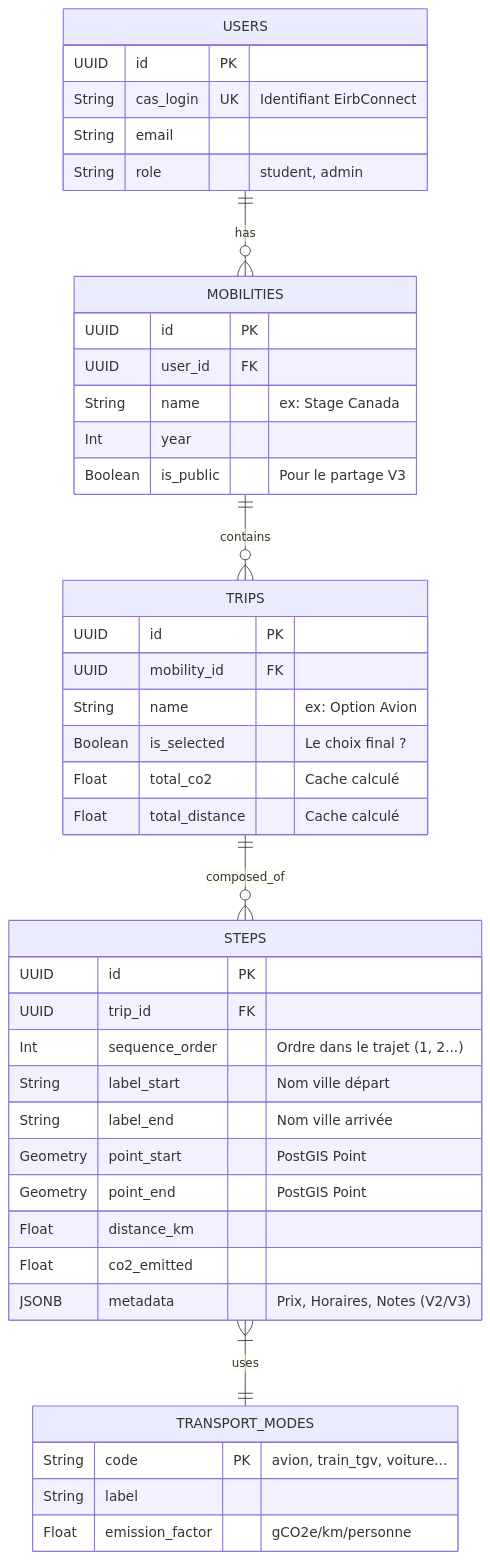
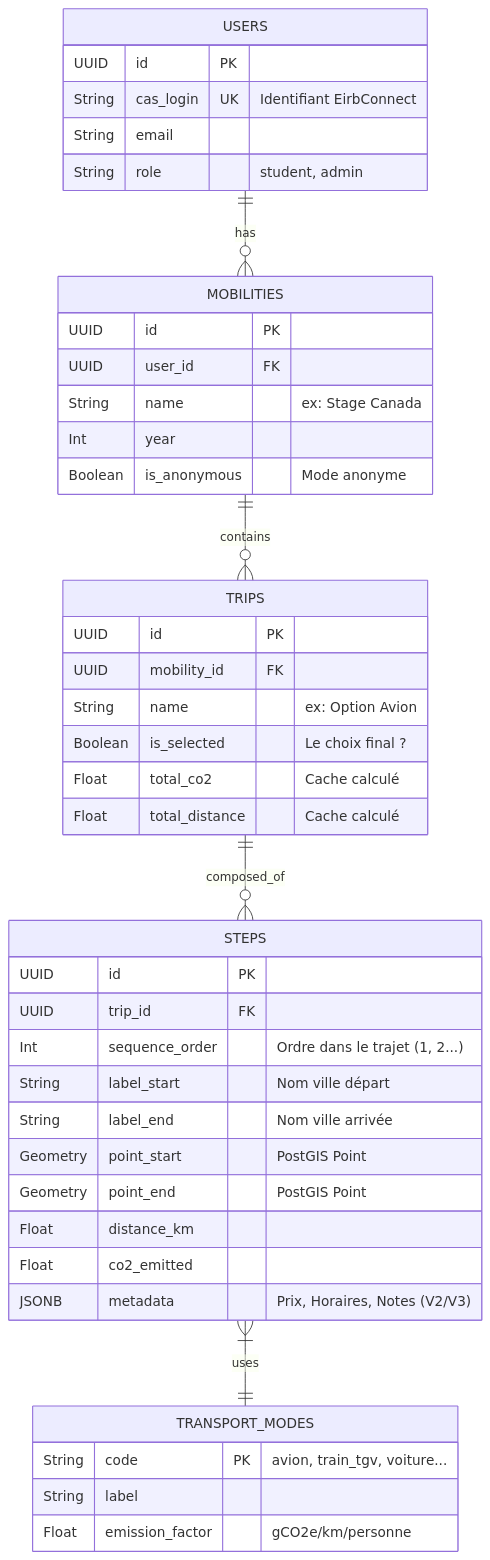
The diagram in docs/backend/DB_RELATIONNEL.md (TLacault/mobiliteirb), drawn with Mermaid before and after one commit. The commit also changed 26 other files, not shown here.

````diff
--- a/docs/backend/DB_RELATIONNEL.md
+++ b/docs/backend/DB_RELATIONNEL.md
@@ -1,50 +1,50 @@
 ```mermaid
 erDiagram
     USERS ||--o{ MOBILITIES : has
     MOBILITIES ||--o{ TRIPS : contains
     TRIPS ||--o{ STEPS : composed_of
     STEPS }|--|| TRANSPORT_MODES : uses
 
     USERS {
         UUID id PK
         String cas_login UK "Identifiant EirbConnect"
         String email
         String role "student, admin"
     }
 
     MOBILITIES {
         UUID id PK
         UUID user_id FK
         String name "ex: Stage Canada"
         Int year
-        Boolean is_public "Pour le partage V3"
+        Boolean is_anonymous "Mode anonyme"
     }
 
     TRIPS {
         UUID id PK
         UUID mobility_id FK
         String name "ex: Option Avion"
         Boolean is_selected "Le choix final ?"
         Float total_co2 "Cache calculé"
         Float total_distance "Cache calculé"
     }
 
     STEPS {
         UUID id PK
         UUID trip_id FK
         Int sequence_order "Ordre dans le trajet (1, 2...)"
         String label_start "Nom ville départ"
         String label_end "Nom ville arrivée"
         Geometry point_start "PostGIS Point"
         Geometry point_end "PostGIS Point"
         Float distance_km
         Float co2_emitted
         JSONB metadata "Prix, Horaires, Notes (V2/V3)"
     }
 
     TRANSPORT_MODES {
         String code PK "avion, train_tgv, voiture..."
         String label
         Float emission_factor "gCO2e/km/personne"
     }
 ```
````
